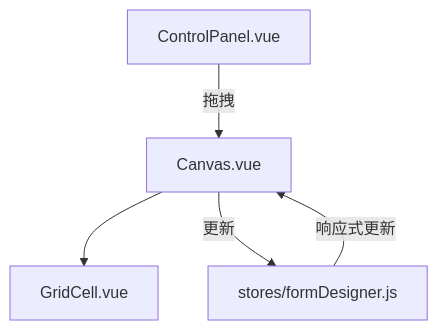
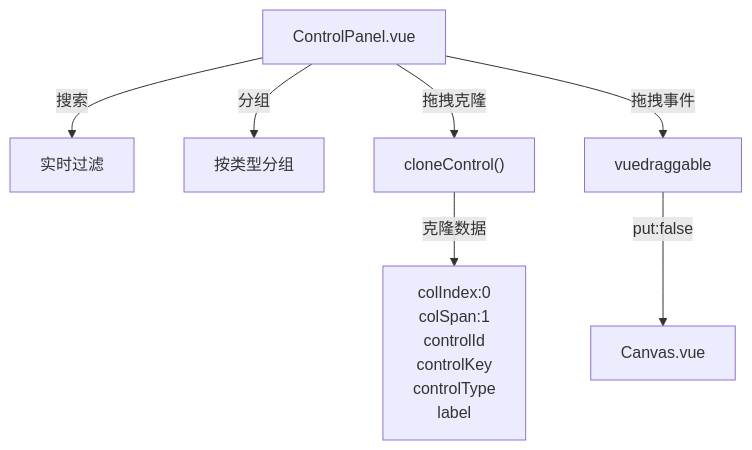
Before and after one commit to NJMrLi/genetics: the fourth of 9 diagrams in .qoder/repowiki/zh/content/前端架构设计/拖拽式表单设计器.md, drawn with Mermaid. The commit also changed other lines of this file and 152 other files, not shown here.

````diff
--- a/.qoder/repowiki/zh/content/前端架构设计/拖拽式表单设计器.md
+++ b/.qoder/repowiki/zh/content/前端架构设计/拖拽式表单设计器.md
@@ -165,7 +189,9 @@
 ```mermaid
 graph TB
-CP["ControlPanel.vue"] --> |拖拽| CV["Canvas.vue"]
-CV --> GC["GridCell.vue"]
-CV --> |更新| Store["stores/formDesigner.js"]
-Store --> |响应式更新| CV
+CP["ControlPanel.vue"] --> |搜索| Filter["实时过滤"]
+CP --> |分组| Group["按类型分组"]
+CP --> |拖拽克隆| Clone["cloneControl()"]
+Clone --> |克隆数据| CellData["colIndex:0<br/>colSpan:1<br/>controlId<br/>controlKey<br/>controlType<br/>label"]
+CP --> |拖拽事件| Draggable["vuedraggable"]
+Draggable --> |put:false| Canvas["Canvas.vue"]
 ```
````
